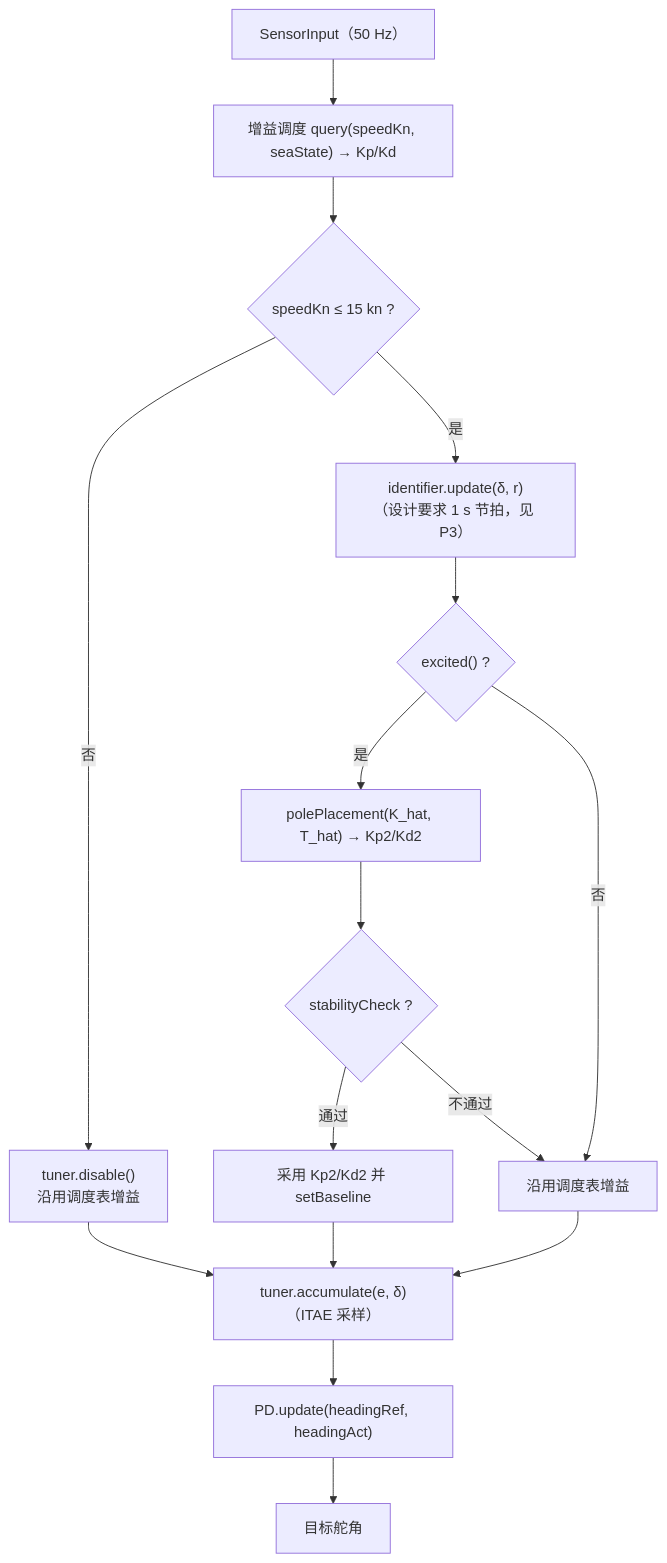
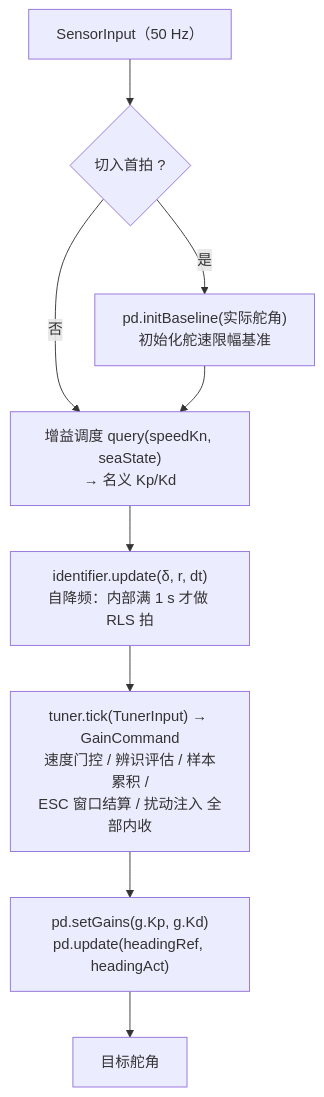
One commit to jimaka/auto_rudder changed diagram 18 of 22 in control/控制算法开发文档.md. Above: the diagram before and after it, drawn with Mermaid. The commit also changed other lines of this file and 15 other files, not shown here.

````diff
--- a/control/控制算法开发文档.md
+++ b/control/控制算法开发文档.md
@@ -935,18 +971,11 @@
 ```mermaid
 graph TD
-    IN["SensorInput（50 Hz）"] --> SCHED["增益调度 query(speedKn, seaState) → Kp/Kd"]
-    SCHED --> SPD{"speedKn ≤ 15 kn ?"}
-    SPD -->|否| DIS["tuner.disable()<br/>沿用调度表增益"]
-    SPD -->|是| RLS["identifier.update(δ, r)<br/>（设计要求 1 s 节拍，见 P3）"]
-    RLS --> EXC{"excited() ?"}
-    EXC -->|是| POLE["polePlacement(K_hat, T_hat) → Kp2/Kd2"]
-    POLE --> CHK{"stabilityCheck ?"}
-    CHK -->|通过| USE["采用 Kp2/Kd2 并 setBaseline"]
-    CHK -->|不通过| KEEP["沿用调度表增益"]
-    EXC -->|否| KEEP
-    DIS --> ACC["tuner.accumulate(e, δ)（ITAE 采样）"]
-    USE --> ACC
-    KEEP --> ACC
-    ACC --> PDU["PD.update(headingRef, headingAct)"]
-    PDU --> OUT["目标舵角"]
+    IN["SensorInput（50 Hz）"] --> FIRST{"切入首拍 ?"}
+    FIRST -->|是| INIT["pd.initBaseline(实际舵角)<br/>初始化舵速限幅基准"]
+    FIRST -->|否| SCHED["增益调度 query(speedKn, seaState)<br/>→ 名义 Kp/Kd"]
+    INIT --> SCHED
+    SCHED --> RLS["identifier.update(δ, r, dt)<br/>自降频：内部满 1 s 才做 RLS 拍"]
+    RLS --> TICK["tuner.tick(TunerInput) → GainCommand<br/>速度门控 / 辨识评估 / 样本累积 /<br/>ESC 窗口结算 / 扰动注入 全部内收"]
+    TICK --> PD["pd.setGains(g.Kp, g.Kd)<br/>pd.update(headingRef, headingAct)"]
+    PD --> OUT["目标舵角"]
 ```
````
